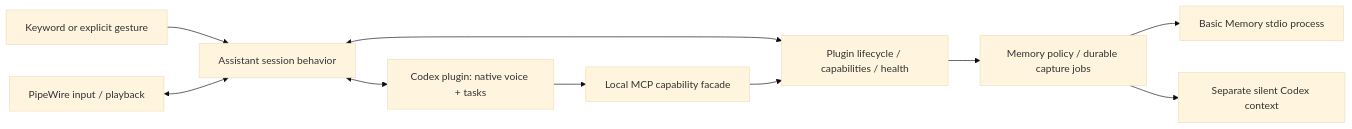
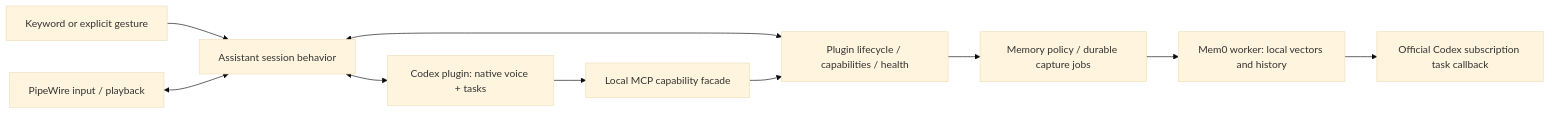
Before and after one commit to macaulishchina/PersonalAgent: the diagram in ARCHITECTURE.md, drawn with Mermaid (base theme). The commit also changed other lines of this file and 26 other files, not shown here.

Commit message:
feat: integrate subscription-backed Mem0 and configurable quiet hours

````diff
--- a/ARCHITECTURE.md
+++ b/ARCHITECTURE.md
@@ -7,12 +7,12 @@
 ```mermaid
 flowchart LR
   Trigger[Keyword or explicit gesture] --> Assistant[Assistant session behavior]
   Audio[PipeWire input / playback] <--> Assistant
   Assistant <--> Brain[Codex plugin: native voice + tasks]
   Assistant <--> Kernel[Plugin lifecycle / capabilities / health]
   Brain --> MCP[Local MCP capability facade]
   MCP --> Kernel
   Kernel --> Memory[Memory policy / durable capture jobs]
-  Memory --> BM[Basic Memory stdio process]
-  Memory --> Curator[Separate silent Codex context]
+  Memory --> BM[Mem0 worker: local vectors and history]
+  BM --> Curator[Official Codex subscription task callback]
 ```
````
